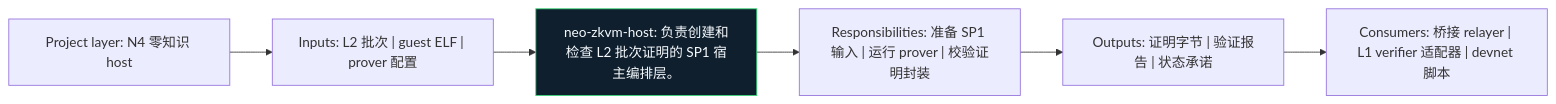
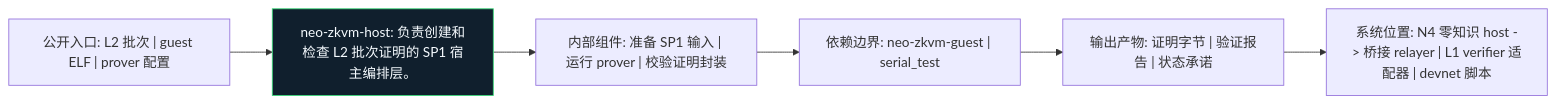
The diagram in bridge/neo-zkvm-host/docs/figures/architecture.zh.mmd (r3e-network/neo-n4), drawn with Mermaid before and after one commit. The commit also changed 129 other files, not shown here.

```diff
--- a/bridge/neo-zkvm-host/docs/figures/architecture.zh.mmd
+++ b/bridge/neo-zkvm-host/docs/figures/architecture.zh.mmd
@@ -1,14 +1,14 @@
 flowchart LR
-    N1["Project layer: N4 零知识 host"]
-    N2["Inputs: L2 批次 | guest ELF | prover 配置"]
-    N3["neo-zkvm-host: 负责创建和检查 L2 批次证明的 SP1 宿主编排层。"]
-    N4["Responsibilities: 准备 SP1 输入 | 运行 prover | 校验证明封装"]
-    N5["Outputs: 证明字节 | 验证报告 | 状态承诺"]
-    N6["Consumers: 桥接 relayer | L1 verifier 适配器 | devnet 脚本"]
+    N1["公开入口: L2 批次 | guest ELF | prover 配置"]
+    N2["neo-zkvm-host: 负责创建和检查 L2 批次证明的 SP1 宿主编排层。"]
+    N3["内部组件: 准备 SP1 输入 | 运行 prover | 校验证明封装"]
+    N4["依赖边界: neo-zkvm-guest | serial_test"]
+    N5["输出产物: 证明字节 | 验证报告 | 状态承诺"]
+    N6["系统位置: N4 零知识 host -> 桥接 relayer | L1 verifier 适配器 | devnet 脚本"]
     N1 --> N2
     N2 --> N3
     N3 --> N4
     N4 --> N5
     N5 --> N6
     classDef crate fill:#101f2d,stroke:#38d978,color:#f6fbff
-    class N3 crate
+    class N2 crate
```
